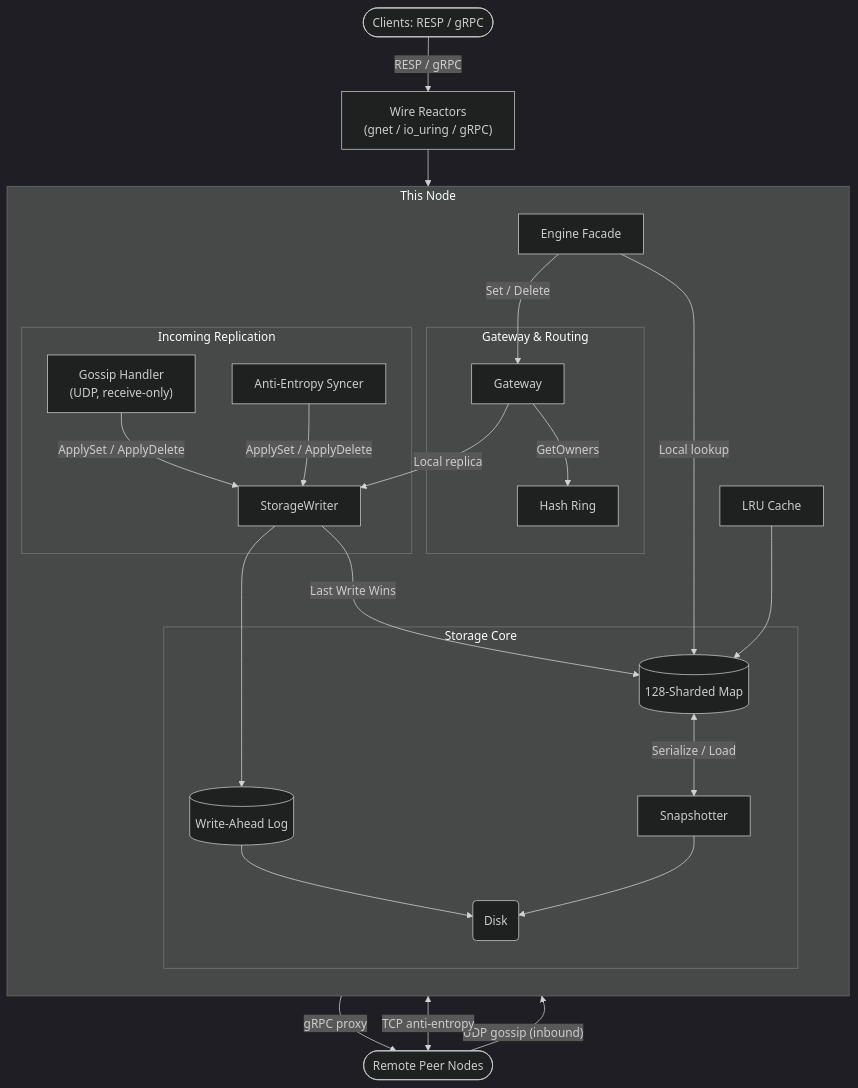
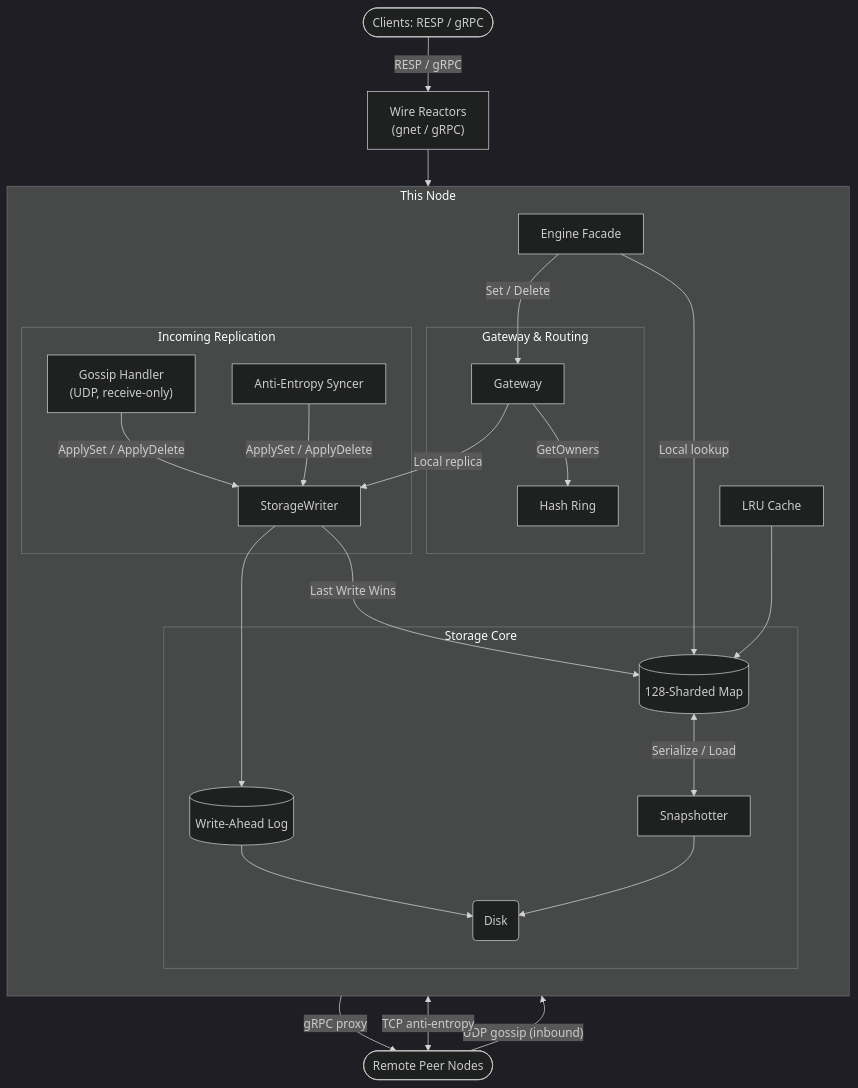
The diagram in README.md (RoseWrightdev/dkv), drawn with Mermaid (dark theme) before and after one commit. The commit also changed other lines of this file and 2 other files, not shown here.

Commit message:
chore(server): remove io_uring reactor entirely, keep gnet as sole engine
The remaining ioUringServer stub (added by the now-reverted feat commit)
only ever delegated to RESPServer.Run() and was never called from any real
entry point outside its own tests. Building a correct native io_uring
reactor turned out to need re-deriving several things gnet already solves
(multi-core fan-out, partial-frame buffering across reads) using far
riskier tools (raw syscalls, manual kernel-ABI struct layouts, mmap'd
shared memory) — without any benchmark showing it's actually faster than
what it replaces. That's a bigger bet than a bug-fix PR should carry.

Deletes resp_iouring_linux.go and resp_iouring_linux_test.go outright and
drops the "dual reactor" mentions from the README. gnet remains the only
server reactor. The from-scratch io_uring implementation (with a fix for
the partial-frame bug and multi-shard/multi-core support) is preserved on
the experimental/native-io-uring-reactor branch for future benchmarking.

````diff
--- a/README.md
+++ b/README.md
@@ -96,49 +96,49 @@
 ```mermaid
 flowchart TD
-    Client([Clients: RESP / gRPC]) -->|RESP / gRPC| Reactors["Wire Reactors\n(gnet / io_uring / gRPC)"]
+    Client([Clients: RESP / gRPC]) -->|RESP / gRPC| Reactors["Wire Reactors\n(gnet / gRPC)"]
     Reactors --> Engine[Engine Facade]
 
     subgraph Node[This Node]
         direction TB
 
         subgraph Storage[Storage Core]
             WAL[(Write-Ahead Log)]
             ShardedMap[(128-Sharded Map)]
             Snapshot[Snapshotter]
             Disk(Disk)
         end
 
         subgraph Routing[Gateway & Routing]
             Gateway[Gateway]
             Ring[Hash Ring]
         end
 
         subgraph Replication[Incoming Replication]
             Gossip["Gossip Handler\n(UDP, receive-only)"]
             Syncer[Anti-Entropy Syncer]
             Writer[StorageWriter]
         end
 
         Engine -->|"Set / Delete"| Gateway
         Gateway -->|GetOwners| Ring
         Gateway -->|"Local replica"| Writer
         Writer -->|Last Write Wins| ShardedMap
 
         Writer --> WAL
         Engine -->|"Local lookup"| ShardedMap
 
         Gossip -->|ApplySet / ApplyDelete| Writer
         Syncer -->|ApplySet / ApplyDelete| Writer
 
         WAL --> Disk
         Snapshot --> Disk
         ShardedMap <-->|Serialize / Load| Snapshot
         Evictor["LRU Cache"] --> ShardedMap
     end
 
     Peers([Remote Peer Nodes])
 
     Gateway -->|"gRPC proxy"| Peers
     Peers -->|"UDP gossip (inbound)"| Gossip
     Syncer <-->|TCP anti-entropy| Peers
 ```
````
